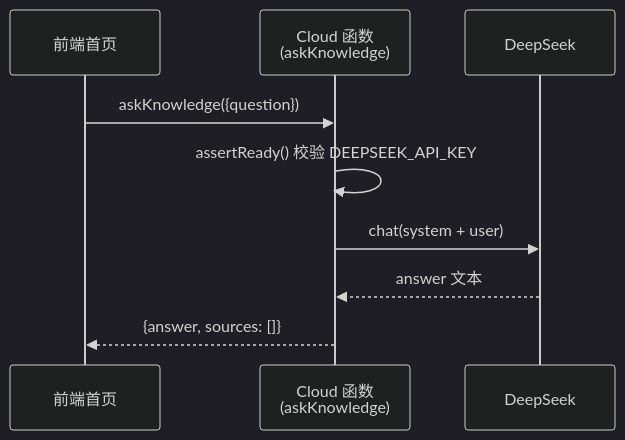
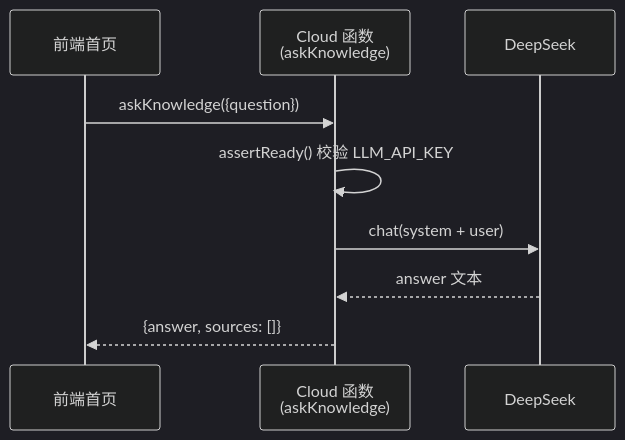
Before and after one commit to pemelosweet/ecs-test-servers: the second of 3 diagrams in docs/rag-knowledge-base.md, drawn with Mermaid (dark theme). The commit also changed other lines of this file and 5 other files, not shown here.

````diff
--- a/docs/rag-knowledge-base.md
+++ b/docs/rag-knowledge-base.md
@@ -113,12 +113,12 @@
 ```mermaid
 sequenceDiagram
     participant U as 前端首页
     participant CF as Cloud 函数<br/>(askKnowledge)
     participant DS as DeepSeek
 
     U->>CF: askKnowledge({question})
-    CF->>CF: assertReady() 校验 DEEPSEEK_API_KEY
+    CF->>CF: assertReady() 校验 LLM_API_KEY
     CF->>DS: chat(system + user)
     DS-->>CF: answer 文本
     CF-->>U: {answer, sources: []}
 ```
````
